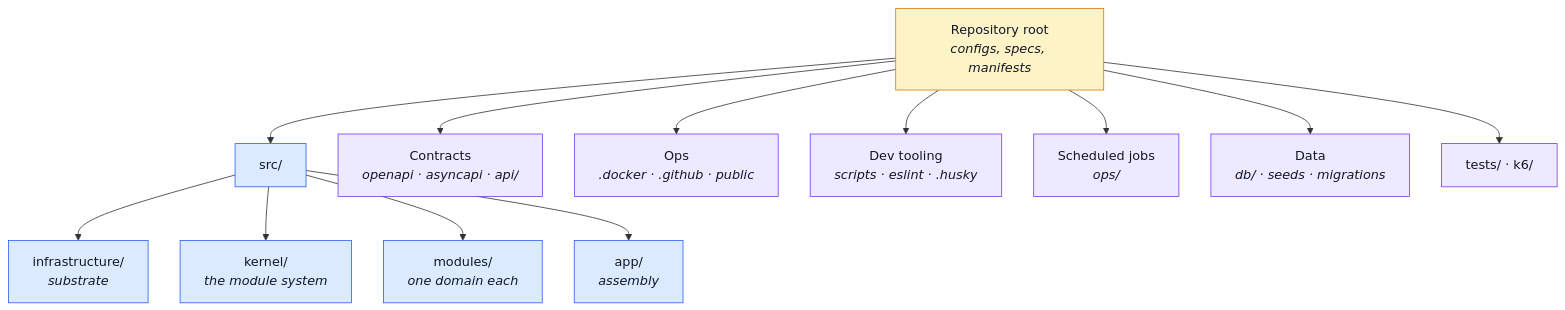
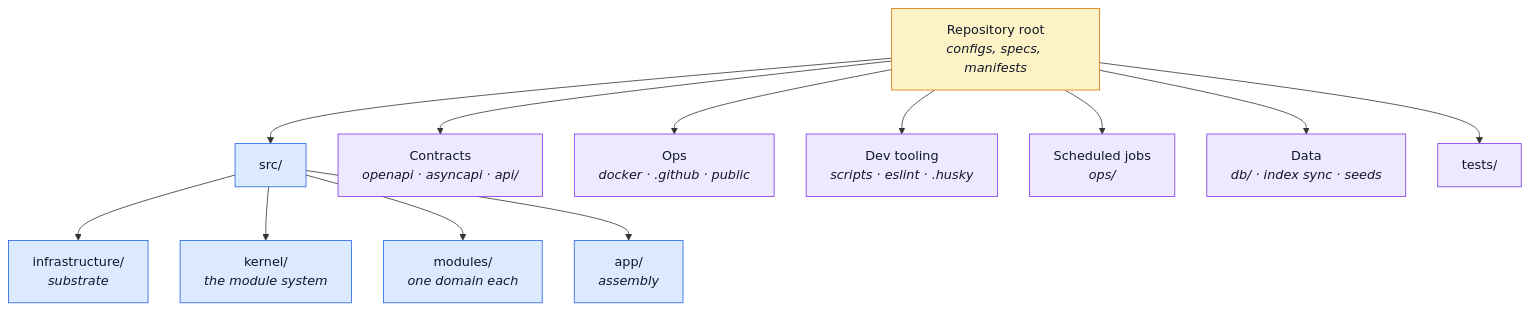
The first of 2 diagrams in docs/reference/index.md (Guebbit/boilerplate-node-backend), drawn with Mermaid before and after one commit. The commit also changed other lines of this file and 64 other files, not shown here.

````diff
--- a/docs/reference/index.md
+++ b/docs/reference/index.md
@@ -20,23 +20,23 @@
 ```mermaid
 %%{init: {'flowchart': {'nodeSpacing': 40, 'rankSpacing': 55}}}%%
 flowchart TD
     Root["Repository root<br/><i>configs, specs, manifests</i>"] --> Src["src/"]
     Root --> Contracts["Contracts<br/><i>openapi · asyncapi · api/</i>"]
-    Root --> Ops["Ops<br/><i>.docker · .github · public</i>"]
+    Root --> Ops["Ops<br/><i>docker · .github · public</i>"]
     Root --> Dev["Dev tooling<br/><i>scripts · eslint · .husky</i>"]
     Root --> Jobs["Scheduled jobs<br/><i>ops/</i>"]
-    Root --> Data["Data<br/><i>db/ · seeds · migrations</i>"]
-    Root --> Tests["tests/ · k6/"]
+    Root --> Data["Data<br/><i>db/ · index sync · seeds</i>"]
+    Root --> Tests["tests/"]
 
     Src --> Infra["infrastructure/<br/><i>substrate</i>"]
     Src --> Kernel["kernel/<br/><i>the module system</i>"]
     Src --> Modules["modules/<br/><i>one domain each</i>"]
     Src --> App["app/<br/><i>assembly</i>"]
 
     classDef entry fill:#fef3c7,stroke:#d97706,color:#111827;
     classDef code fill:#dbeafe,stroke:#2563eb,color:#111827;
     classDef side fill:#ede9fe,stroke:#7c3aed,color:#111827;
     class Root entry;
     class Src,Infra,Kernel,Modules,App code;
     class Contracts,Ops,Dev,Jobs,Data,Tests side;
 ```
````
